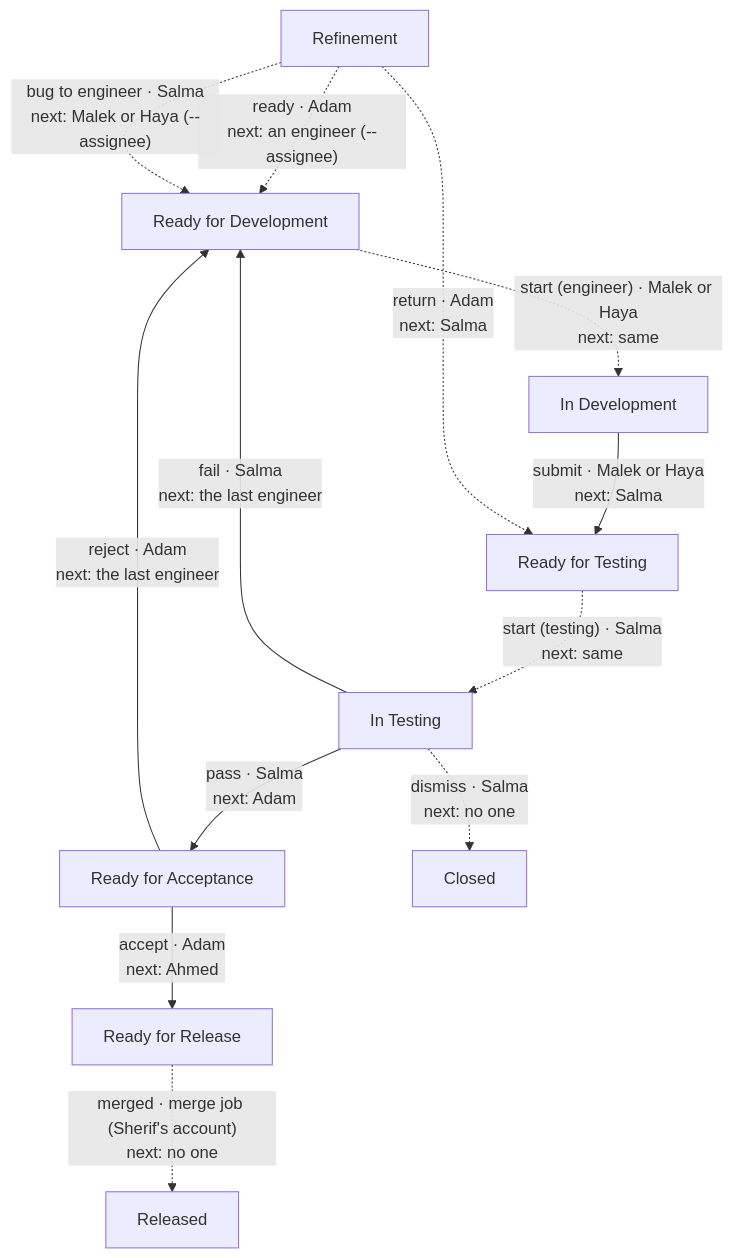
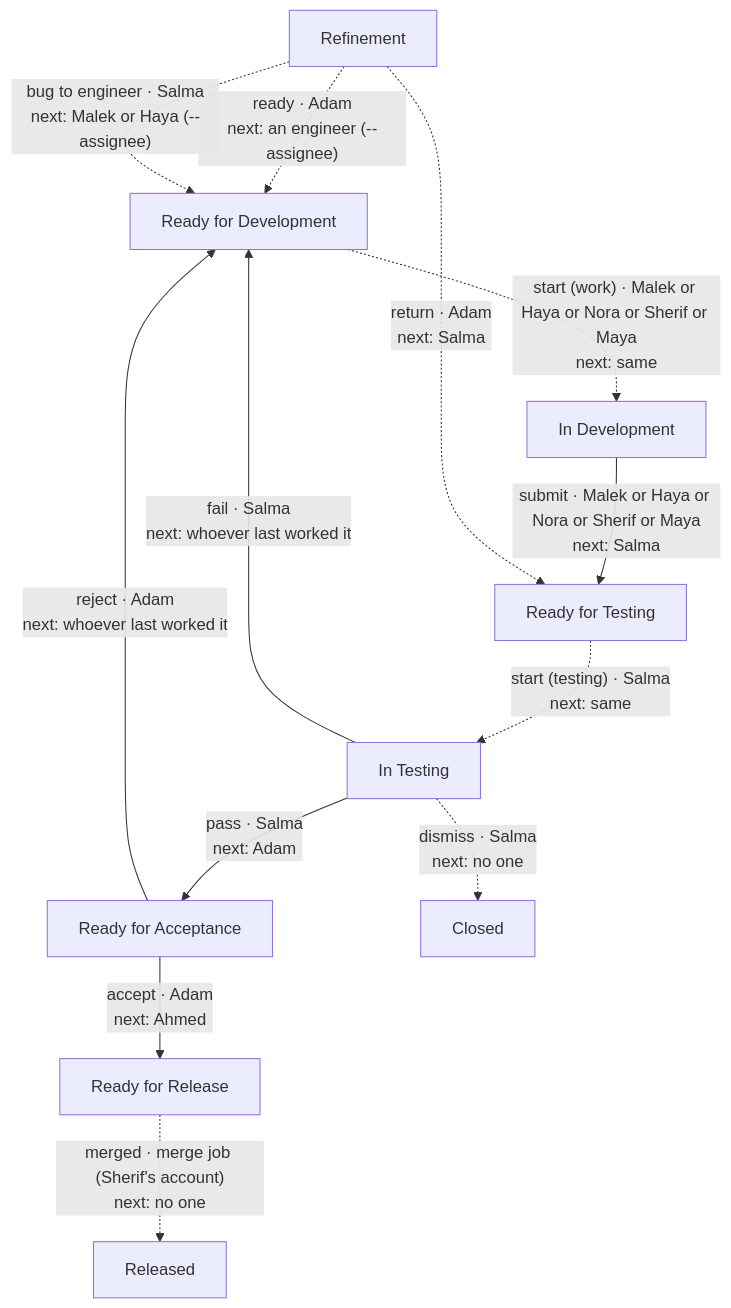
The diagram in standards/dfp-flow.md (ahmedoraby-eng/engineering-playbook), drawn with Mermaid before and after one commit. The commit also changed other lines of this file and 5 other files, not shown here.

First line of the commit message:
BASITA-147: leads who take DFP work submit it, and it comes back to them

````diff
--- a/standards/dfp-flow.md
+++ b/standards/dfp-flow.md
@@ -9,24 +9,24 @@
 ```mermaid
 flowchart TD
     refinement["Refinement"]
     ready_for_development["Ready for Development"]
     ready_for_testing["Ready for Testing"]
     in_development["In Development"]
     in_testing["In Testing"]
     ready_for_acceptance["Ready for Acceptance"]
     closed["Closed"]
     ready_for_release["Ready for Release"]
     released["Released"]
-    in_development -->|"submit · Malek or Haya<br/>next: Salma"| ready_for_testing
+    in_development -->|"submit · Malek or Haya or Nora or Sherif or Maya<br/>next: Salma"| ready_for_testing
     in_testing -->|"pass · Salma<br/>next: Adam"| ready_for_acceptance
-    in_testing -->|"fail · Salma<br/>next: the last engineer"| ready_for_development
+    in_testing -->|"fail · Salma<br/>next: whoever last worked it"| ready_for_development
     ready_for_acceptance -->|"accept · Adam<br/>next: Ahmed"| ready_for_release
-    ready_for_acceptance -->|"reject · Adam<br/>next: the last engineer"| ready_for_development
+    ready_for_acceptance -->|"reject · Adam<br/>next: whoever last worked it"| ready_for_development
     refinement -.->|"ready · Adam<br/>next: an engineer (--assignee)"| ready_for_development
     refinement -.->|"return · Adam<br/>next: Salma"| ready_for_testing
     refinement -.->|"bug to engineer · Salma<br/>next: Malek or Haya (--assignee)"| ready_for_development
-    ready_for_development -.->|"start (engineer) · Malek or Haya<br/>next: same"| in_development
+    ready_for_development -.->|"start (work) · Malek or Haya or Nora or Sherif or Maya<br/>next: same"| in_development
     ready_for_testing -.->|"start (testing) · Salma<br/>next: same"| in_testing
     in_testing -.->|"dismiss · Salma<br/>next: no one"| closed
     ready_for_release -.->|"merged · merge job (Sherif's account)<br/>next: no one"| released
 ```
````
